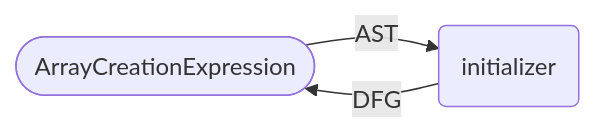
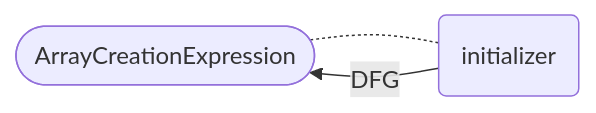
The ninth of 19 diagrams in cpg-core/specifications/dfg.md (Fraunhofer-AISEC/cpg), drawn with Mermaid before and after one commit. The commit also changed other lines of this file, not shown here.

````diff
--- a/cpg-core/specifications/dfg.md
+++ b/cpg-core/specifications/dfg.md
@@ -126,5 +130,5 @@
   ```mermaid
   flowchart LR
-    node([ArrayCreationExpression]) -- AST --> initializer(initializer)
+    node([ArrayCreationExpression]) -.- initializer(initializer)
     initializer -- DFG --> node
   ```
````
